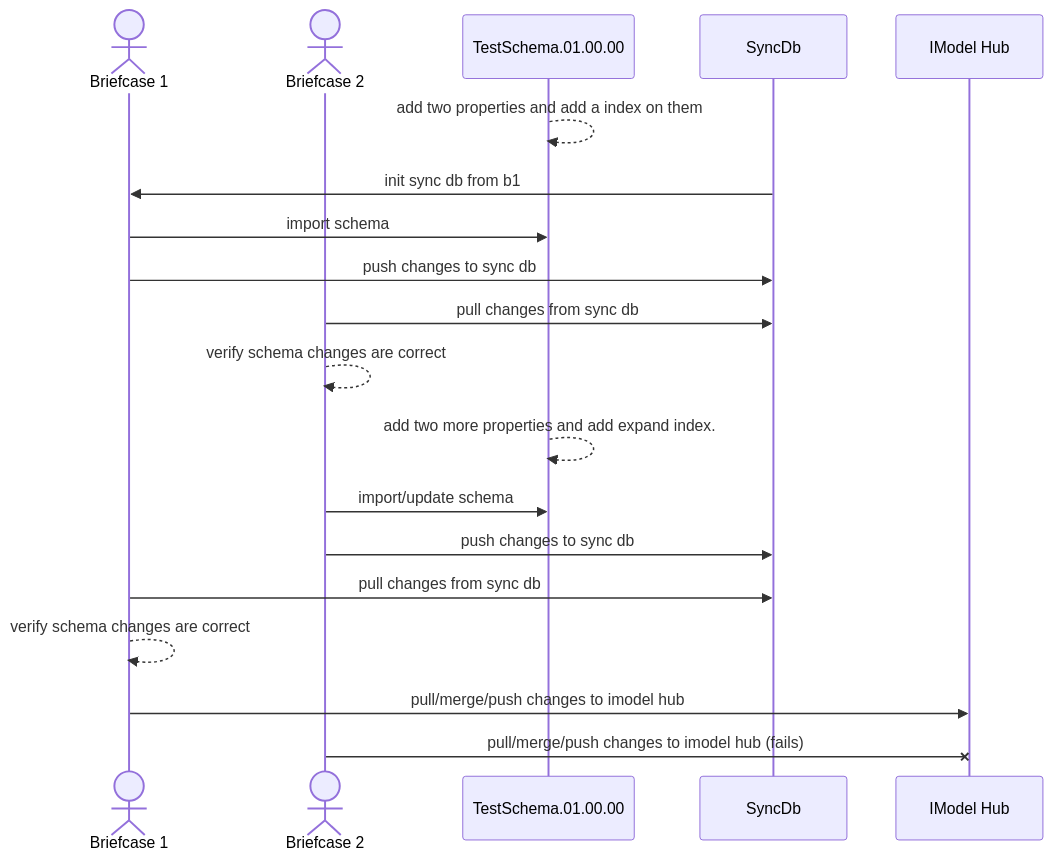
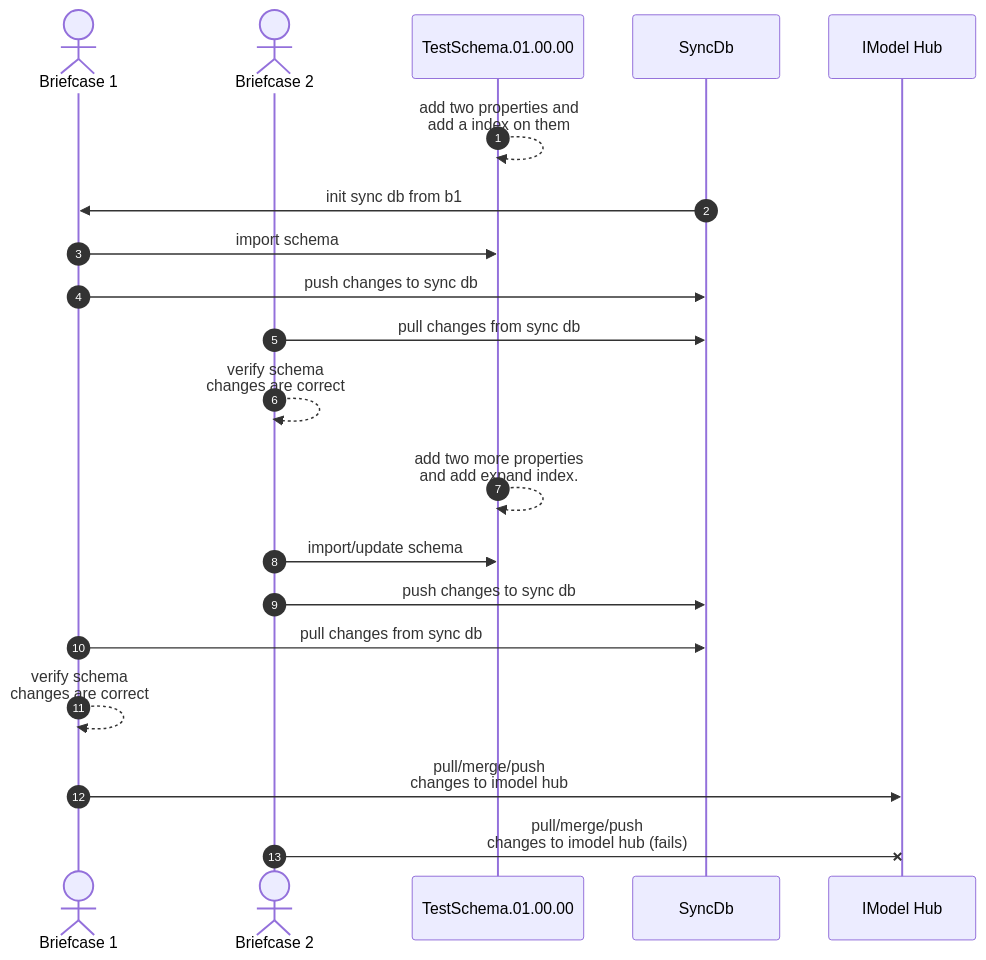
The first of 2 diagrams in iModelCore/ECDb/LiveSync.md (iTwin/imodel-native), drawn with Mermaid before and after one commit. The commit also changed other lines of this file, not shown here.

Commit message:
update seq diagram

````diff
--- a/iModelCore/ECDb/LiveSync.md
+++ b/iModelCore/ECDb/LiveSync.md
@@ -7,24 +7,24 @@
 ```mermaid
 sequenceDiagram
-
+    autonumber
     actor b1 as Briefcase 1
     actor b2 as Briefcase 2
 
     participant sc as TestSchema.01.00.00
     participant sy as SyncDb
     participant hb as IModel Hub
 
-    sc-->>sc: add two properties and add a index on them
+    sc-->>sc: add two properties and <br>add a index on them
     sy->>b1 : init sync db from b1
     b1->>sc : import schema
     b1->>sy : push changes to sync db
     b2->>sy : pull changes from sync db
-    b2-->>b2: verify schema changes are correct
-    sc-->>sc: add two more properties and add expand index.
+    b2-->>b2: verify schema <br>changes are correct
+    sc-->>sc: add two more properties <br>and add expand index.
     b2->>sc : import/update schema
     b2->>sy : push changes to sync db
     b1->>sy : pull changes from sync db
-    b1-->>b1: verify schema changes are correct
-    b1->>hb : pull/merge/push changes to imodel hub
-    b2-x hb : pull/merge/push changes to imodel hub (fails)
+    b1-->>b1: verify schema <br>changes are correct
+    b1->>hb : pull/merge/push <br>changes to imodel hub
+    b2-x hb : pull/merge/push <br>changes to imodel hub (fails)
 ```
````
